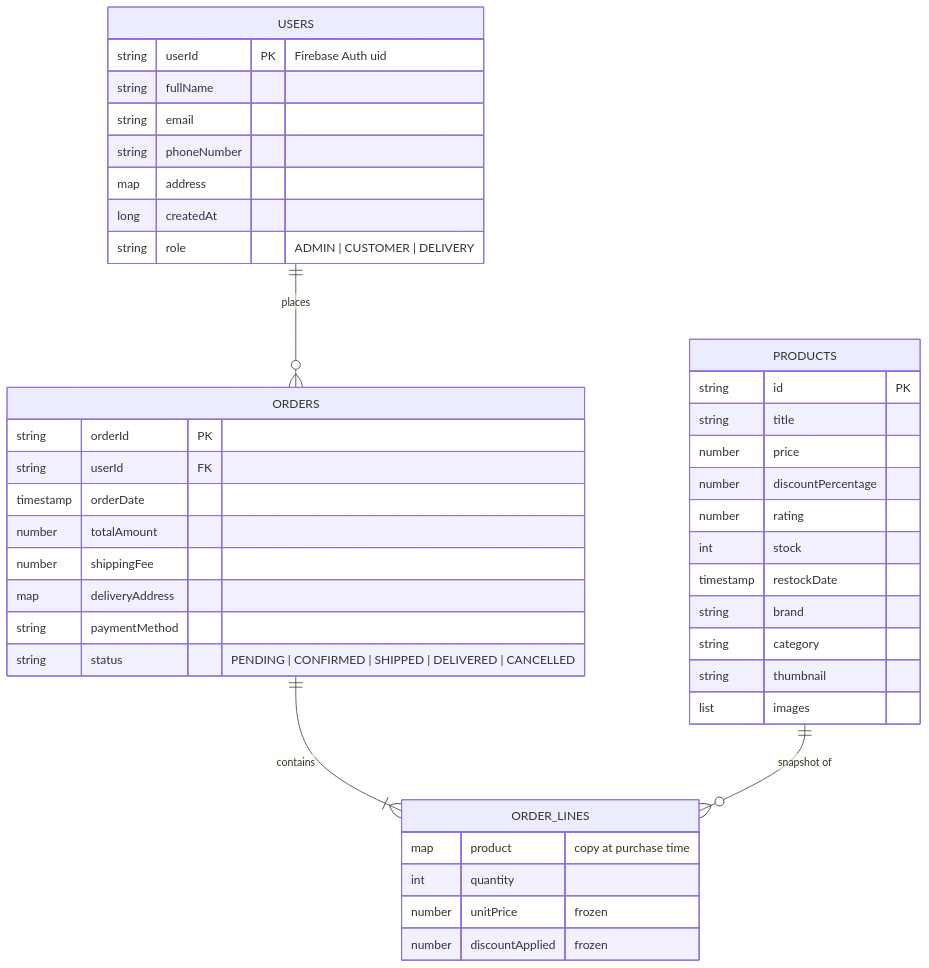
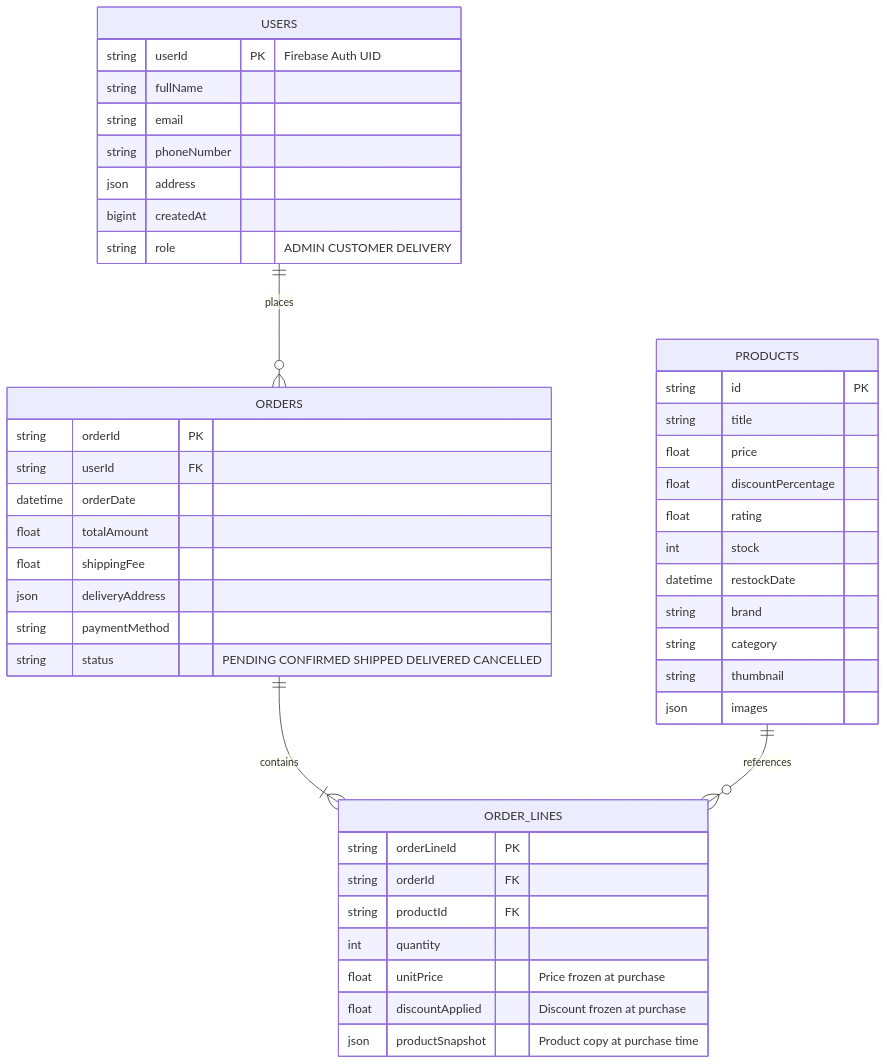
The third of 5 diagrams in README.md (walidwh21/StoreFront_Android), drawn with Mermaid before and after one commit. The commit also changed other lines of this file, not shown here.

````diff
--- a/README.md
+++ b/README.md
@@ -98,45 +127,51 @@
 ```mermaid
 erDiagram
     USERS ||--o{ ORDERS : places
     ORDERS ||--|{ ORDER_LINES : contains
-    PRODUCTS ||--o{ ORDER_LINES : "snapshot of"
+    PRODUCTS ||--o{ ORDER_LINES : references
 
     USERS {
-        string userId PK "Firebase Auth uid"
+        string userId PK "Firebase Auth UID"
         string fullName
         string email
         string phoneNumber
-        map address
-        long createdAt
-        string role "ADMIN | CUSTOMER | DELIVERY"
+        json address
+        bigint createdAt
+        string role "ADMIN CUSTOMER DELIVERY"
     }
+
     PRODUCTS {
         string id PK
         string title
-        number price
-        number discountPercentage
-        number rating
+        float price
+        float discountPercentage
+        float rating
         int stock
-        timestamp restockDate
+        datetime restockDate
         string brand
         string category
         string thumbnail
-        list images
+        json images
     }
+
     ORDERS {
         string orderId PK
         string userId FK
-        timestamp orderDate
-        number totalAmount
-        number shippingFee
-        map deliveryAddress
+        datetime orderDate
+        float totalAmount
+        float shippingFee
+        json deliveryAddress
         string paymentMethod
-        string status "PENDING | CONFIRMED | SHIPPED | DELIVERED | CANCELLED"
+        string status "PENDING CONFIRMED SHIPPED DELIVERED CANCELLED"
     }
+
     ORDER_LINES {
-        map product "copy at purchase time"
+        string orderLineId PK
+        string orderId FK
+        string productId FK
         int quantity
-        number unitPrice "frozen"
-        number discountApplied "frozen"
+        float unitPrice "Price frozen at purchase"
+        float discountApplied "Discount frozen at purchase"
+        json productSnapshot "Product copy at purchase time"
     }
 ```
````
